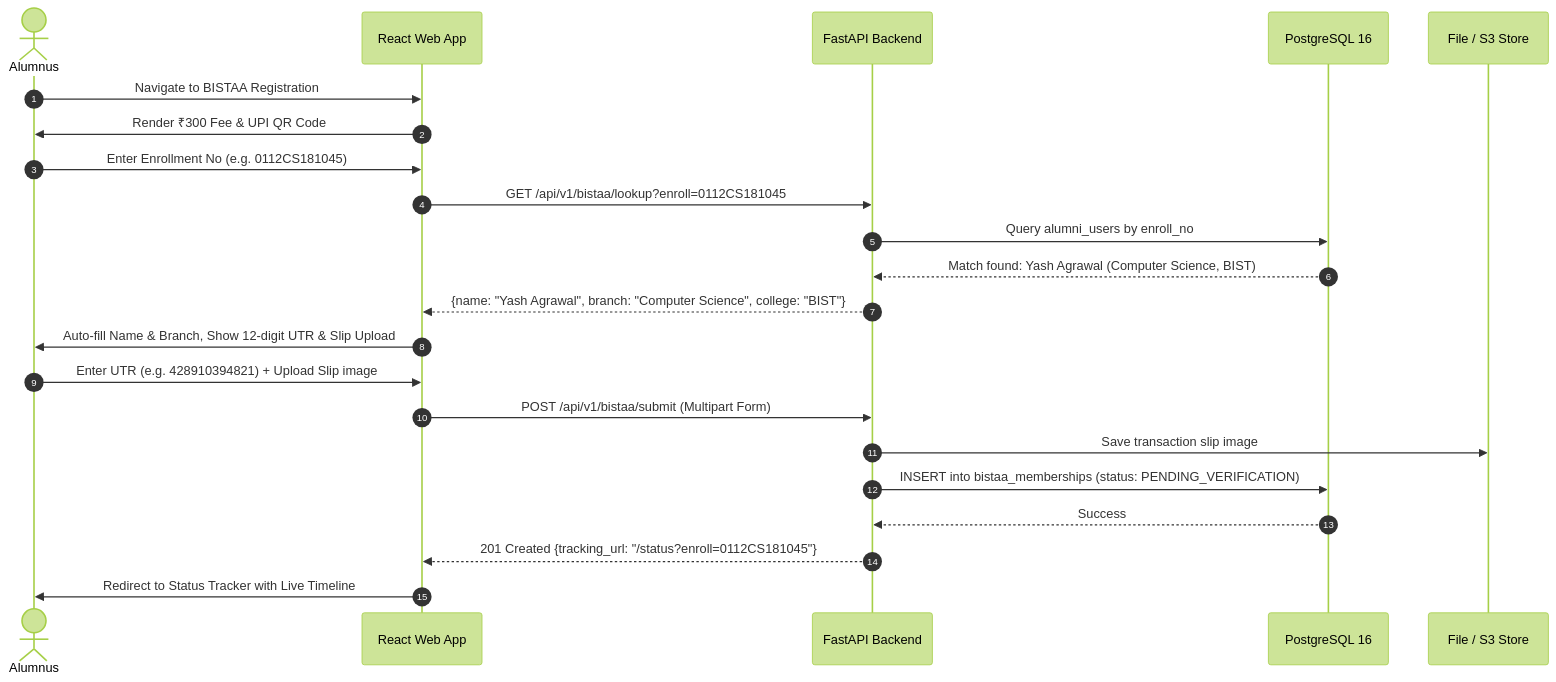
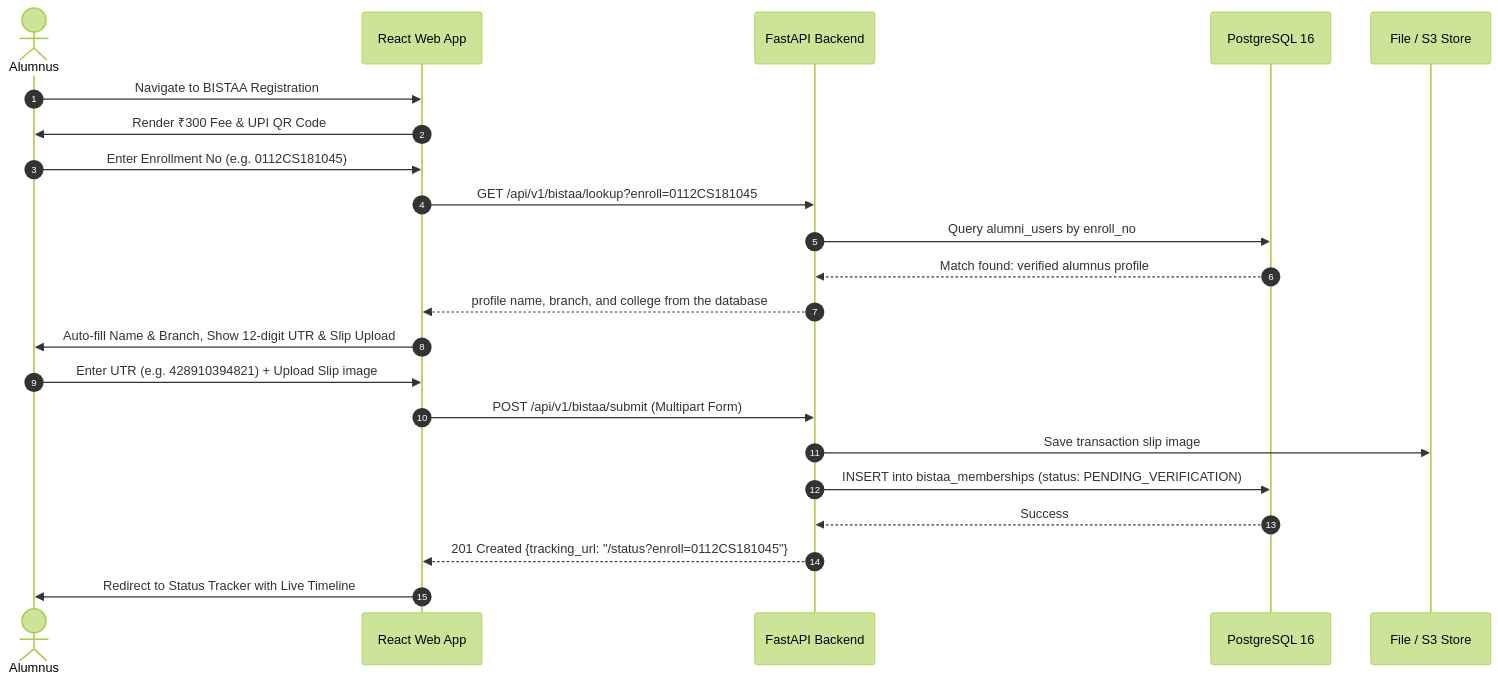
One commit to Pawankus6261/Alumni changed the second of 2 diagrams in design.md. Above: the diagram before and after it, drawn with Mermaid (forest theme). The commit also changed other lines of this file and 46 other files, not shown here.

````diff
--- a/design.md
+++ b/design.md
@@ -201,25 +201,25 @@
 ```mermaid
 sequenceDiagram
     autonumber
     actor Alum as Alumnus
     participant Vite as React Web App
     participant API as FastAPI Backend
     participant DB as PostgreSQL 16
     participant Storage as File / S3 Store
 
     Alum->>Vite: Navigate to BISTAA Registration
     Vite->>Alum: Render ₹300 Fee & UPI QR Code
     Alum->>Vite: Enter Enrollment No (e.g. 0112CS181045)
     Vite->>API: GET /api/v1/bistaa/lookup?enroll=0112CS181045
     API->>DB: Query alumni_users by enroll_no
-    DB-->>API: Match found: Yash Agrawal (Computer Science, BIST)
-    API-->>Vite: {name: "Yash Agrawal", branch: "Computer Science", college: "BIST"}
+    DB-->>API: Match found: verified alumnus profile
+    API-->>Vite: profile name, branch, and college from the database
     Vite->>Alum: Auto-fill Name & Branch, Show 12-digit UTR & Slip Upload
     Alum->>Vite: Enter UTR (e.g. 428910394821) + Upload Slip image
     Vite->>API: POST /api/v1/bistaa/submit (Multipart Form)
     API->>Storage: Save transaction slip image
     API->>DB: INSERT into bistaa_memberships (status: PENDING_VERIFICATION)
     DB-->>API: Success
     API-->>Vite: 201 Created {tracking_url: "/status?enroll=0112CS181045"}
     Vite->>Alum: Redirect to Status Tracker with Live Timeline
 ```
````
